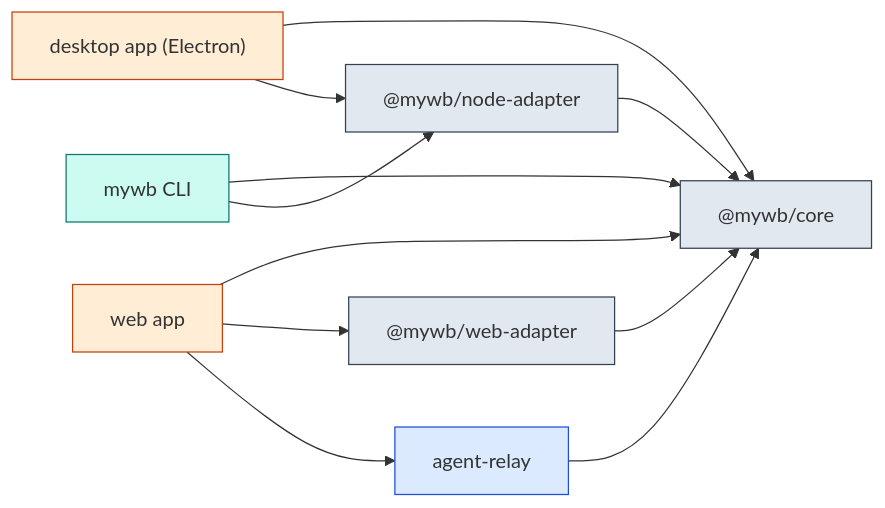
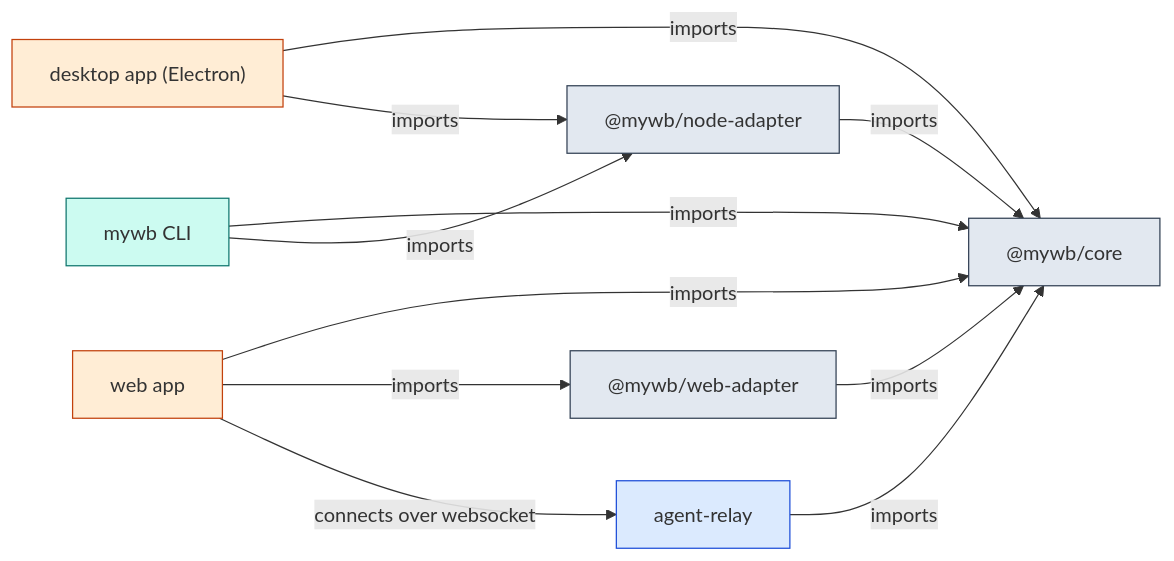
The diagram in README.md (phuc-nt/my-whiteboard), drawn with Mermaid before and after one commit. The commit also changed 6 other files, not shown here.

````diff
--- a/README.md
+++ b/README.md
@@ -100,26 +100,26 @@
 ```mermaid
 flowchart LR
-  n_gshSfADYbwuV43HfoIkE_["@mywb/core"]:::lib
-  n_HYYrEv0N1RyhSEzD2iBc7["@mywb/node-adapter"]:::lib
-  n_K0LvY1S5PAPk8c6cY62wT["@mywb/web-adapter"]:::lib
-  n_CYwKjYp8h_rvK2daos3Qw["desktop app (Electron)"]:::app
-  n_WKtQzRFEPmPgXuLWXEj99["mywb CLI"]:::tool
-  n_lU3_sF9HV5Km1zDA70icx["web app"]:::app
-  n_CFiQJ6xuzDWYjcsSuBR6a["agent-relay"]:::api
-  n_HYYrEv0N1RyhSEzD2iBc7 --> n_gshSfADYbwuV43HfoIkE_
-  n_K0LvY1S5PAPk8c6cY62wT --> n_gshSfADYbwuV43HfoIkE_
-  n_CYwKjYp8h_rvK2daos3Qw --> n_gshSfADYbwuV43HfoIkE_
-  n_CYwKjYp8h_rvK2daos3Qw --> n_HYYrEv0N1RyhSEzD2iBc7
-  n_WKtQzRFEPmPgXuLWXEj99 --> n_gshSfADYbwuV43HfoIkE_
-  n_WKtQzRFEPmPgXuLWXEj99 --> n_HYYrEv0N1RyhSEzD2iBc7
-  n_lU3_sF9HV5Km1zDA70icx --> n_gshSfADYbwuV43HfoIkE_
-  n_lU3_sF9HV5Km1zDA70icx --> n_K0LvY1S5PAPk8c6cY62wT
-  n_lU3_sF9HV5Km1zDA70icx --> n_CFiQJ6xuzDWYjcsSuBR6a
-  n_CFiQJ6xuzDWYjcsSuBR6a --> n_gshSfADYbwuV43HfoIkE_
+  n_mywb_core["@mywb/core"]:::lib
+  n_mywb_node_adapter["@mywb/node-adapter"]:::lib
+  n_mywb_web_adapter["@mywb/web-adapter"]:::lib
+  n_desktop_app__Electron["desktop app (Electron)"]:::app
+  n_mywb_CLI["mywb CLI"]:::tool
+  n_web_app["web app"]:::app
+  n_agent_relay["agent-relay"]:::api
+  n_mywb_node_adapter -->|"imports"| n_mywb_core
+  n_mywb_web_adapter -->|"imports"| n_mywb_core
+  n_desktop_app__Electron -->|"imports"| n_mywb_core
+  n_desktop_app__Electron -->|"imports"| n_mywb_node_adapter
+  n_mywb_CLI -->|"imports"| n_mywb_core
+  n_mywb_CLI -->|"imports"| n_mywb_node_adapter
+  n_web_app -->|"imports"| n_mywb_core
+  n_web_app -->|"imports"| n_mywb_web_adapter
+  n_web_app -->|"connects over websocket"| n_agent_relay
+  n_agent_relay -->|"imports"| n_mywb_core
   %% code-ref: packages/core/src/shapes/service-node/service-node-shape-util.tsx:8-8
   %% code-ref: apps/cli/src/cli-main.ts:15-38
   classDef api fill:#dbeafe,stroke:#1d4ed8
   classDef lib fill:#e2e8f0,stroke:#334155
   classDef app fill:#ffedd5,stroke:#c2410c
   classDef tool fill:#ccfbf1,stroke:#0f766e
 ```
````
